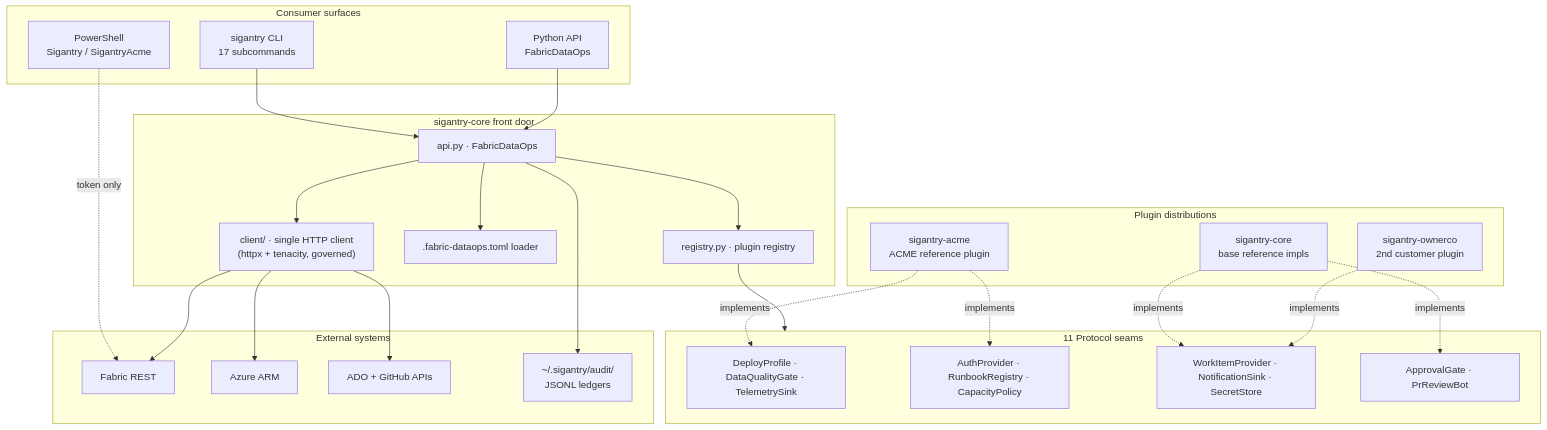
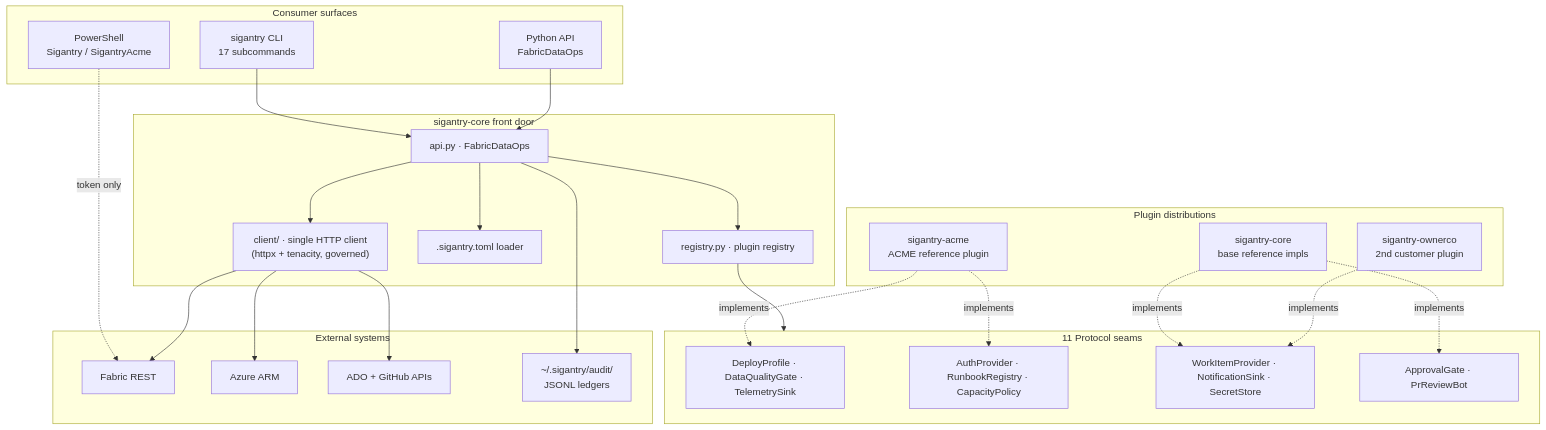
Before and after one commit to Bralabee/sigantry: the first of 9 diagrams in docs/CAPABILITIES.md, drawn with Mermaid. The commit also changed other lines of this file and 20 other files, not shown here.

````diff
--- a/docs/CAPABILITIES.md
+++ b/docs/CAPABILITIES.md
@@ -51,52 +51,52 @@
 ```mermaid
 flowchart TB
     subgraph CONS["Consumer surfaces"]
         CLI["sigantry CLI<br/>17 subcommands"]
         PYAPI["Python API<br/>FabricDataOps"]
         PWSH["PowerShell<br/>Sigantry / SigantryAcme"]
     end
 
     subgraph CORE["sigantry-core front door"]
         API["api.py · FabricDataOps"]
         REGISTRY["registry.py · plugin registry"]
-        CONFIG[".fabric-dataops.toml loader"]
+        CONFIG[".sigantry.toml loader"]
         CLIENT["client/ · single HTTP client<br/>(httpx + tenacity, governed)"]
     end
 
     subgraph SEAMS["11 Protocol seams"]
         S1["DeployProfile · DataQualityGate · TelemetrySink"]
         S2["AuthProvider · RunbookRegistry · CapacityPolicy"]
         S3["WorkItemProvider · NotificationSink · SecretStore"]
         S4["ApprovalGate · PrReviewBot"]
     end
 
     subgraph PLUGINS["Plugin distributions"]
         BASE["sigantry-core<br/>base reference impls"]
         ACME["sigantry-acme<br/>ACME reference plugin"]
         OWNERCO["sigantry-ownerco<br/>2nd customer plugin"]
     end
 
     subgraph EXT["External systems"]
         FAB["Fabric REST"]
         ARM["Azure ARM"]
         GIT["ADO + GitHub APIs"]
         AUDIT["~/.sigantry/audit/<br/>JSONL ledgers"]
     end
 
     CLI --> API
     PYAPI --> API
     PWSH -. token only .-> FAB
     API --> REGISTRY
     API --> CLIENT
     API --> CONFIG
     REGISTRY --> SEAMS
     BASE -. implements .-> S3
     BASE -. implements .-> S4
     ACME -. implements .-> S1
     ACME -. implements .-> S2
     OWNERCO -. implements .-> S3
     CLIENT --> FAB
     CLIENT --> ARM
     CLIENT --> GIT
     API --> AUDIT
 ```
````
